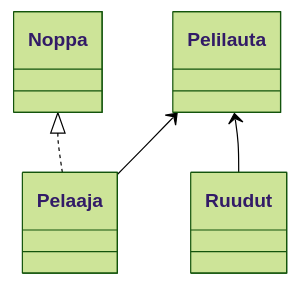
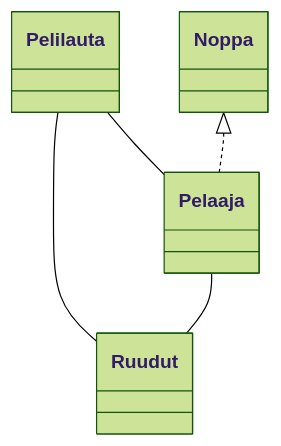
One commit to erjavaskivuori/ot-harjoitustyo changed the diagram in laskarit/viikko3/luokkakaavio.md. Above: the diagram before and after it, drawn with Mermaid (forest theme).

Commit message:
muokattu luokkaakaaviota

````diff
--- a/laskarit/viikko3/luokkakaavio.md
+++ b/laskarit/viikko3/luokkakaavio.md
@@ -3,6 +3,7 @@
 ```mermaid
  classDiagram
-      Pelilauta <-- Pelaaja
-      Pelilauta <-- Ruudut
+      Pelilauta -- Pelaaja
+      Pelilauta -- Ruudut
+      Pelaaja -- Ruudut
       Noppa <|.. Pelaaja
 ```
````
